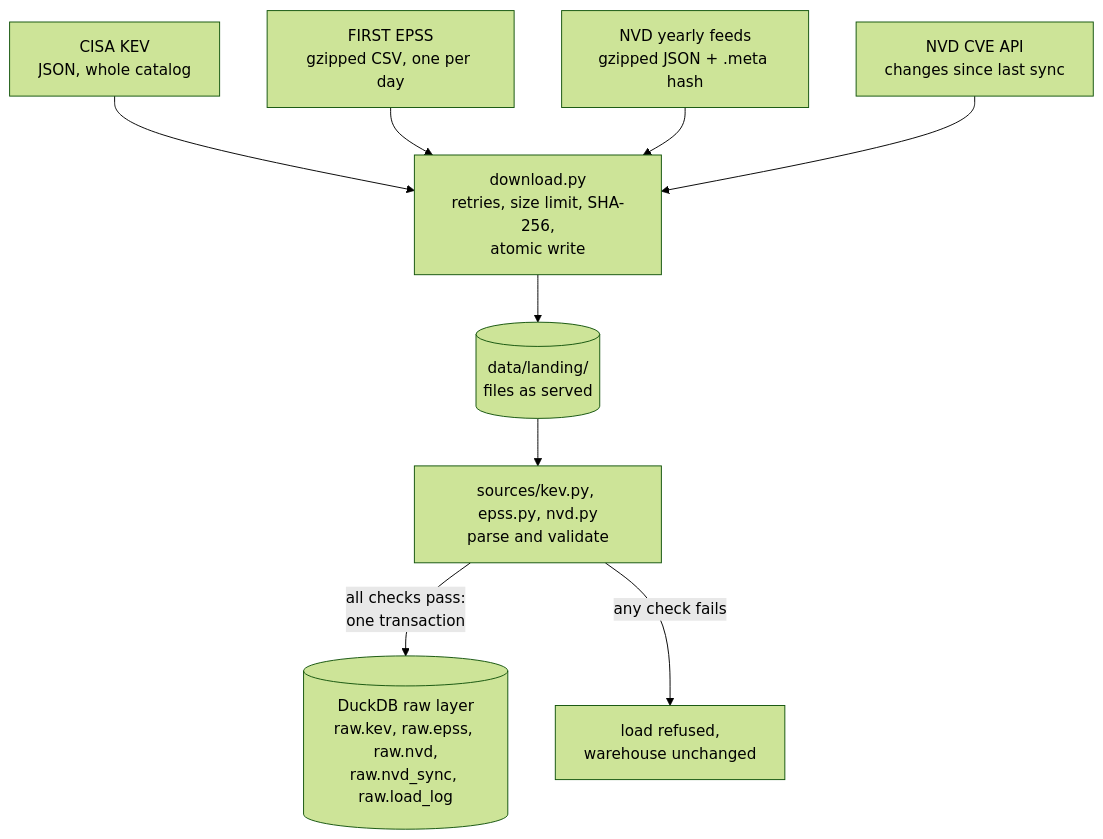
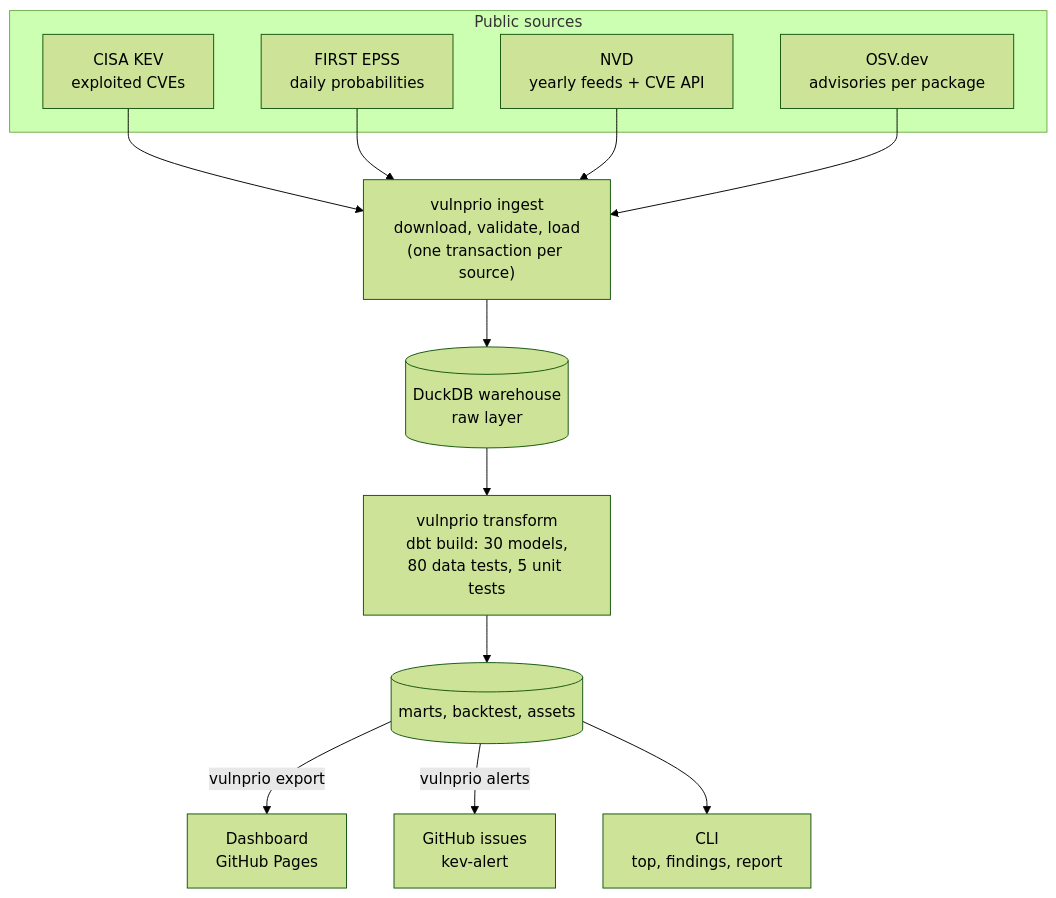
One commit to JoaoPedro0305/vuln-priority-pipeline changed the first of 2 diagrams in README.md. Above: the diagram before and after it, drawn with Mermaid (forest theme). The commit also changed other lines of this file and 1 other file, not shown here.

````diff
--- a/README.md
+++ b/README.md
@@ -55,11 +54,20 @@
 ```mermaid
 flowchart TD
-    KEV["CISA KEV<br/>JSON, whole catalog"] --> DL
-    EPSS["FIRST EPSS<br/>gzipped CSV, one per day"] --> DL
-    FEEDS["NVD yearly feeds<br/>gzipped JSON + .meta hash"] --> DL
-    API["NVD CVE API<br/>changes since last sync"] --> DL
-    DL["download.py<br/>retries, size limit, SHA-256,<br/>atomic write"] --> LAND[("data/landing/<br/>files as served")]
-    LAND --> VAL["sources/kev.py, epss.py, nvd.py<br/>parse and validate"]
-    VAL -->|"all checks pass:<br/>one transaction"| RAW[("DuckDB raw layer<br/>raw.kev, raw.epss, raw.nvd,<br/>raw.nvd_sync, raw.load_log")]
-    VAL -->|"any check fails"| KEEP["load refused,<br/>warehouse unchanged"]
+    subgraph sources["Public sources"]
+        KEV["CISA KEV<br/>exploited CVEs"]
+        EPSS["FIRST EPSS<br/>daily probabilities"]
+        NVD["NVD<br/>yearly feeds + CVE API"]
+        OSV["OSV.dev<br/>advisories per package"]
+    end
+    ING["vulnprio ingest<br/>download, validate, load<br/>(one transaction per source)"]
+    RAW[("DuckDB warehouse<br/>raw layer")]
+    DBT["vulnprio transform<br/>dbt build: 30 models,<br/>80 data tests, 5 unit tests"]
+    MARTS[("marts, backtest, assets")]
+    SITE["Dashboard<br/>GitHub Pages"]
+    ISSUES["GitHub issues<br/>kev-alert"]
+    CLI["CLI<br/>top, findings, report"]
+    KEV & EPSS & NVD & OSV --> ING --> RAW --> DBT --> MARTS
+    MARTS -->|"vulnprio export"| SITE
+    MARTS -->|"vulnprio alerts"| ISSUES
+    MARTS --> CLI
 ```
````
